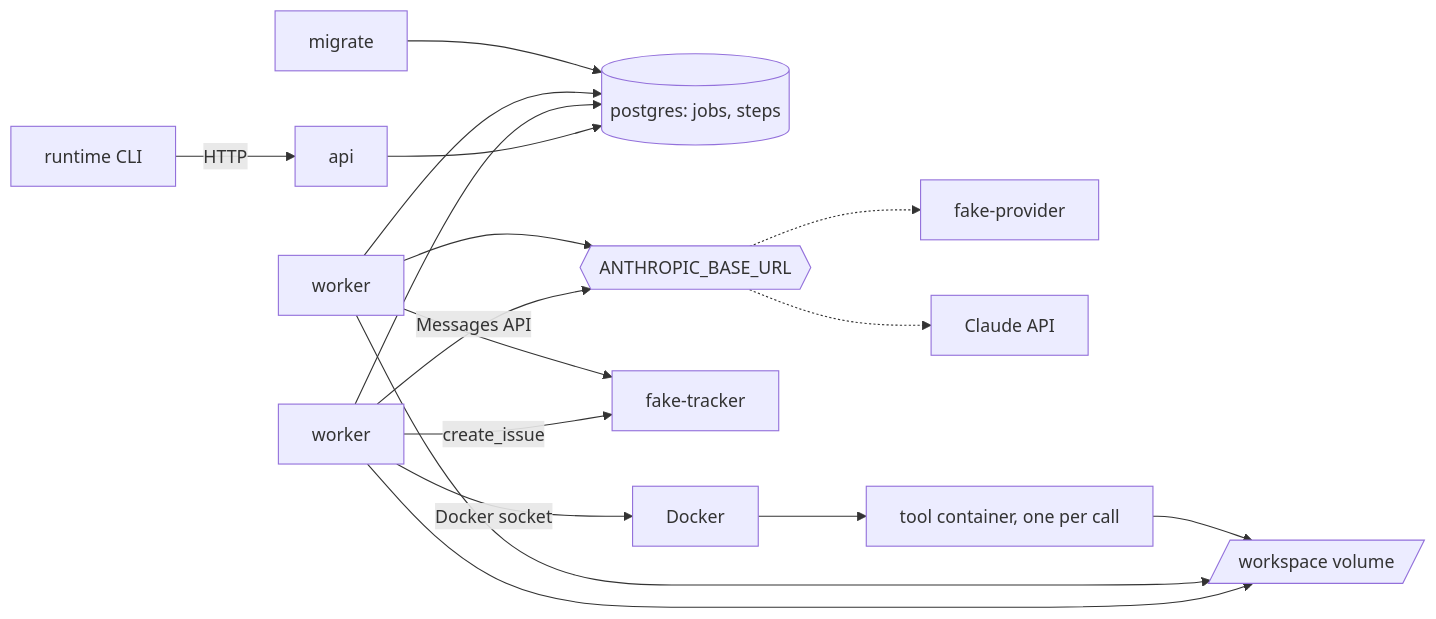
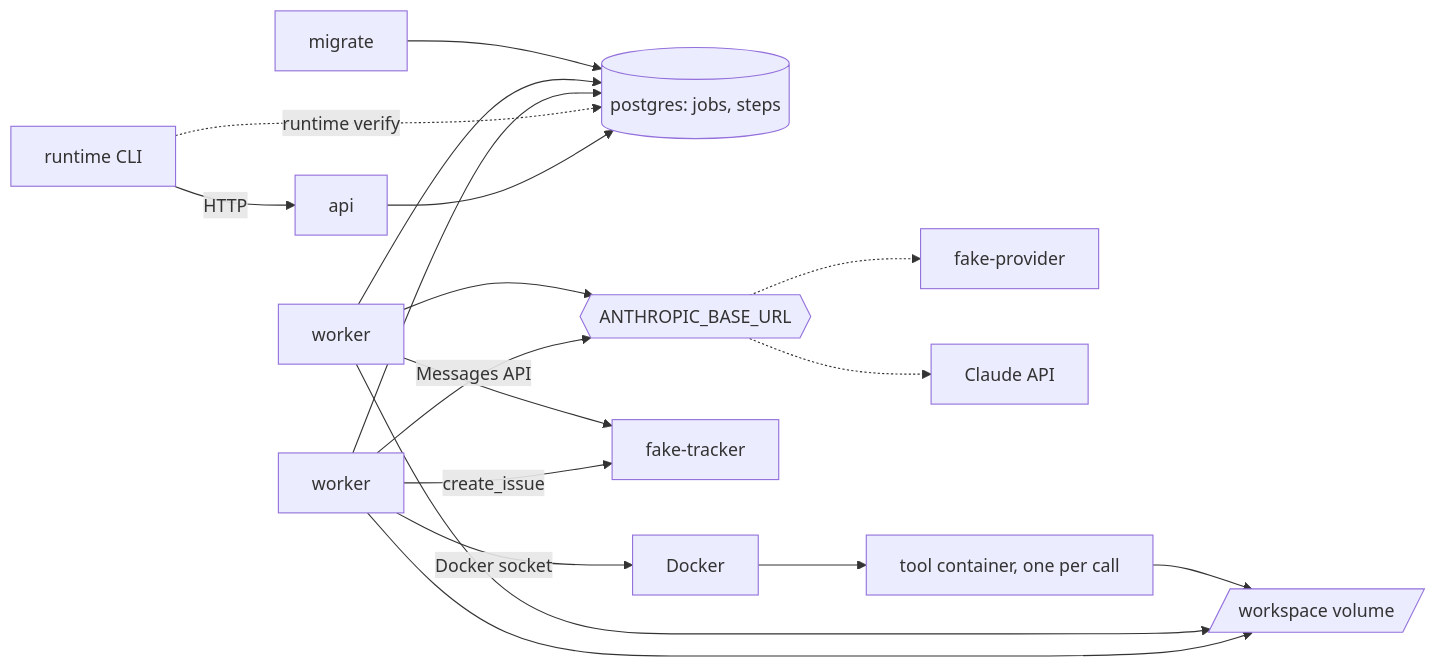
Before and after one commit to sindredg/agent-runtime: the first of 2 diagrams in docs/architecture.md, drawn with Mermaid. The commit also changed other lines of this file and 12 other files, not shown here.

First line of the commit message:
feat: add runtime verify, which checks the step log's chain in the database (#93)

````diff
--- a/docs/architecture.md
+++ b/docs/architecture.md
@@ -8,19 +8,20 @@
 ```mermaid
 flowchart LR
     CLI[runtime CLI] -->|HTTP| API[api]
     API --> DB[(postgres: jobs, steps)]
+    CLI -.->|runtime verify| DB
     W1[worker] --> DB
     W2[worker] --> DB
     W1 -->|Messages API| P{{ANTHROPIC_BASE_URL}}
     W2 --> P
     P -.-> FP[fake-provider]
     P -.-> CL[Claude API]
     W1 --> WS[/workspace volume/]
     W2 --> WS
     W1 -->|create_issue| T[fake-tracker]
     W2 --> T
     W1 -->|Docker socket| D[Docker]
     D --> C[tool container, one per call]
     C --> WS
     M[migrate] --> DB
 ```
````
